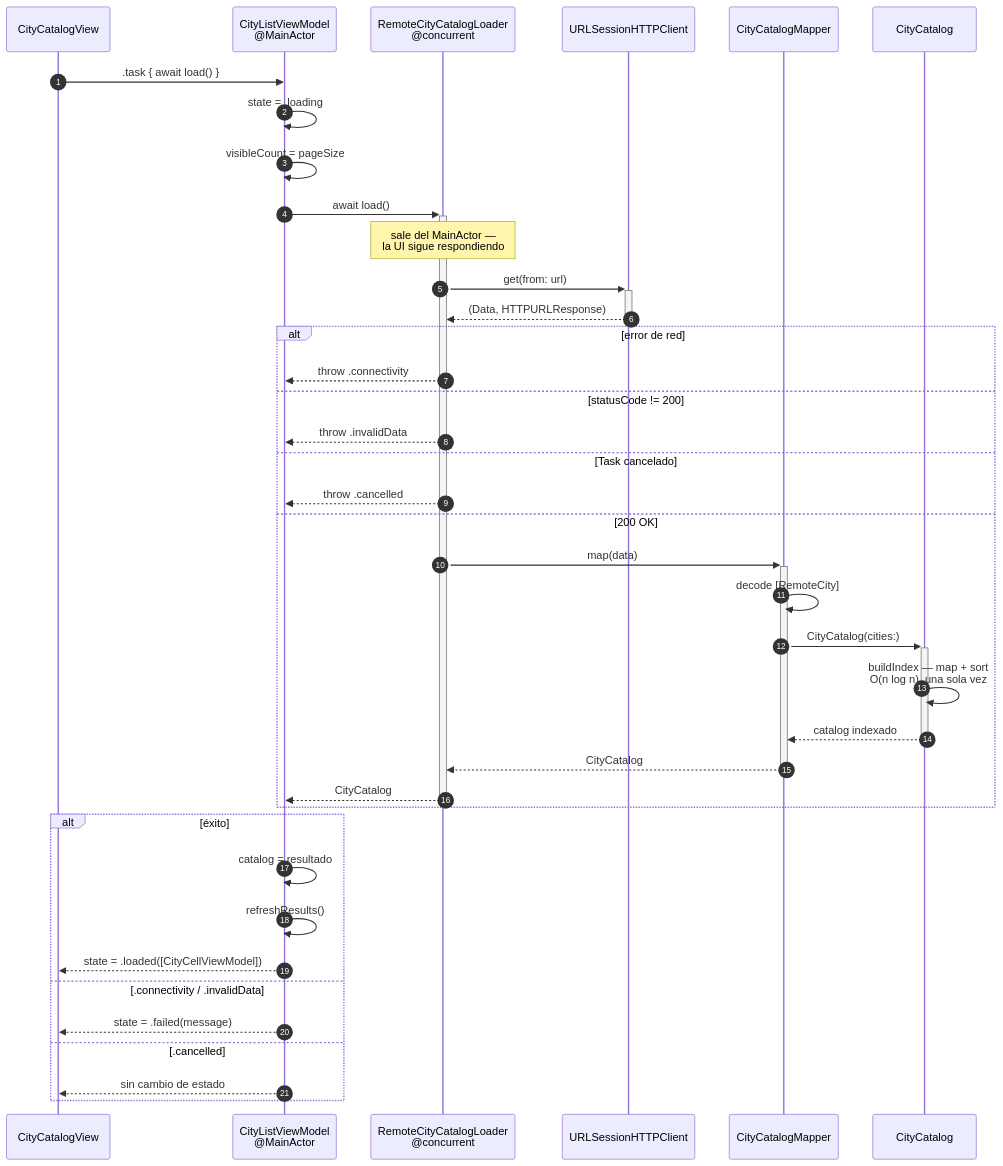
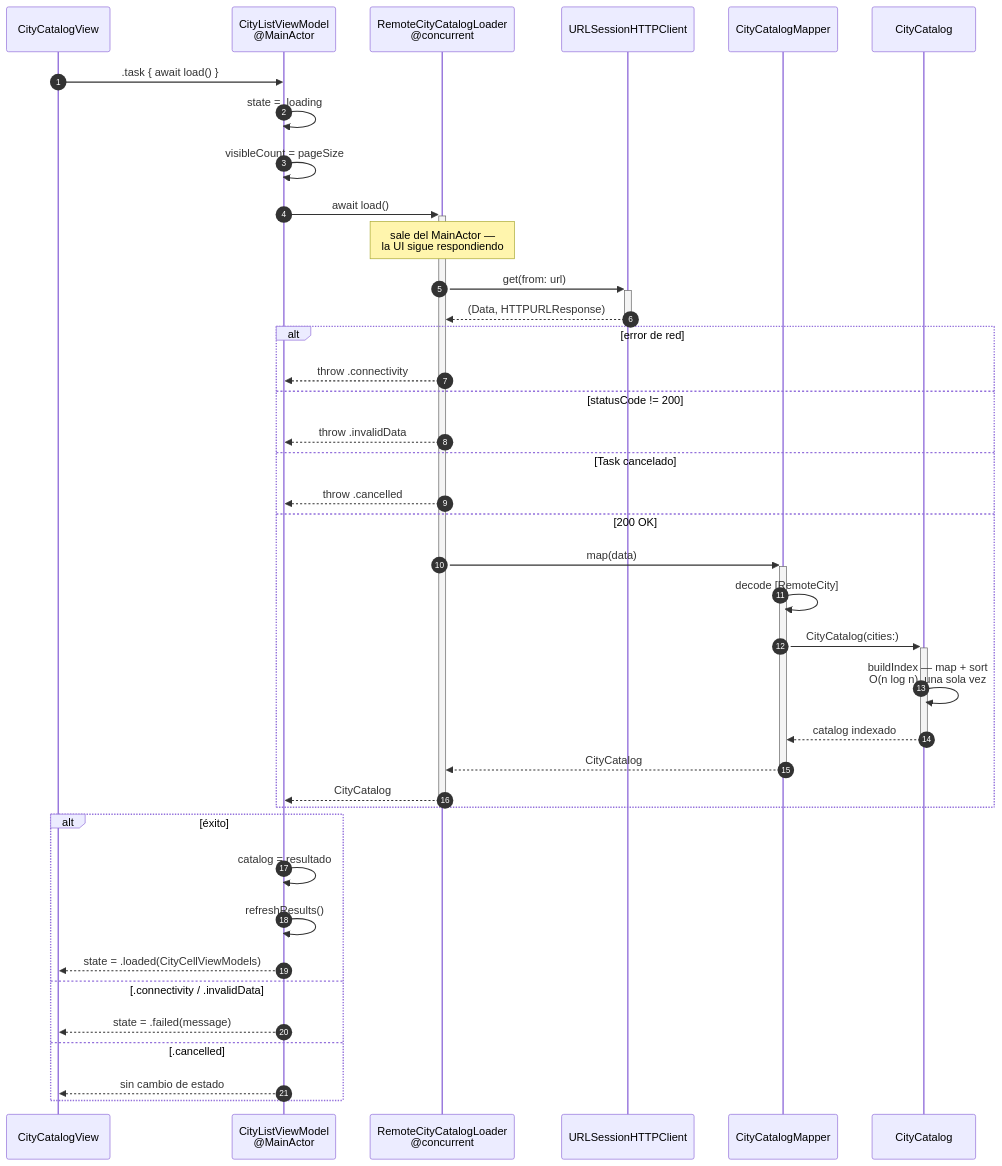
Before and after one commit to FranBazan11/ChallengeUALA: the fifth of 11 diagrams in docs/ARQUITECTURA.md, drawn with Mermaid. The commit also changed other lines of this file, not shown here.

````diff
--- a/docs/ARQUITECTURA.md
+++ b/docs/ARQUITECTURA.md
@@ -412,45 +480,45 @@
 ```mermaid
 sequenceDiagram
     autonumber
     participant V as CityCatalogView
     participant VM as CityListViewModel<br/>@MainActor
     participant L as RemoteCityCatalogLoader<br/>@concurrent
     participant C as URLSessionHTTPClient
     participant M as CityCatalogMapper
     participant CAT as CityCatalog
 
     V->>VM: .task { await load() }
     VM->>VM: state = .loading
     VM->>VM: visibleCount = pageSize
 
     VM->>+L: await load()
     Note over L: sale del MainActor —<br/>la UI sigue respondiendo
     L->>+C: get(from: url)
     C-->>-L: (Data, HTTPURLResponse)
 
     alt error de red
         L-->>VM: throw .connectivity
     else statusCode != 200
         L-->>VM: throw .invalidData
     else Task cancelado
         L-->>VM: throw .cancelled
     else 200 OK
         L->>+M: map(data)
         M->>M: decode [RemoteCity]
         M->>+CAT: CityCatalog(cities:)
         CAT->>CAT: buildIndex — map + sort<br/>O(n log n), una sola vez
         CAT-->>-M: catalog indexado
         M-->>-L: CityCatalog
         L-->>-VM: CityCatalog
     end
 
     alt éxito
         VM->>VM: catalog = resultado
         VM->>VM: refreshResults()
-        VM-->>V: state = .loaded([CityCellViewModel])
+        VM-->>V: state = .loaded(CityCellViewModels)
     else .connectivity / .invalidData
         VM-->>V: state = .failed(message)
     else .cancelled
         VM-->>V: sin cambio de estado
     end
 ```
````
